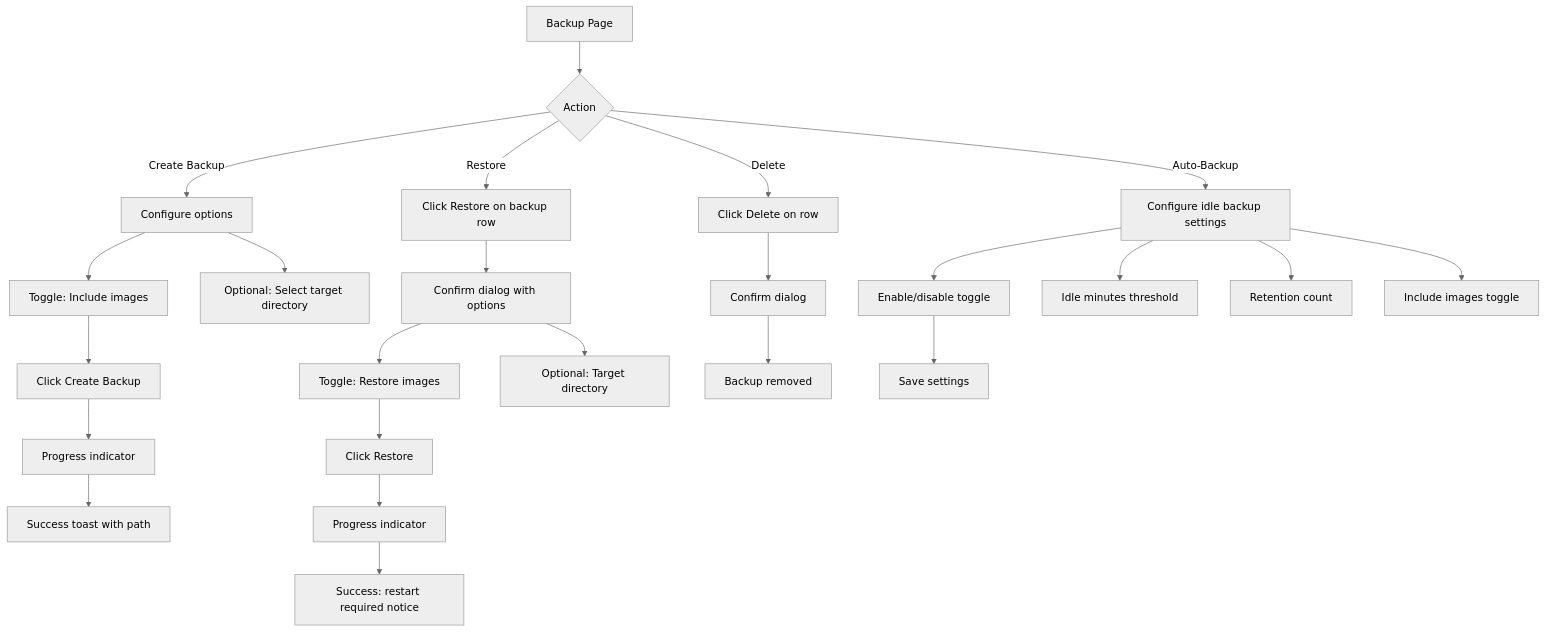
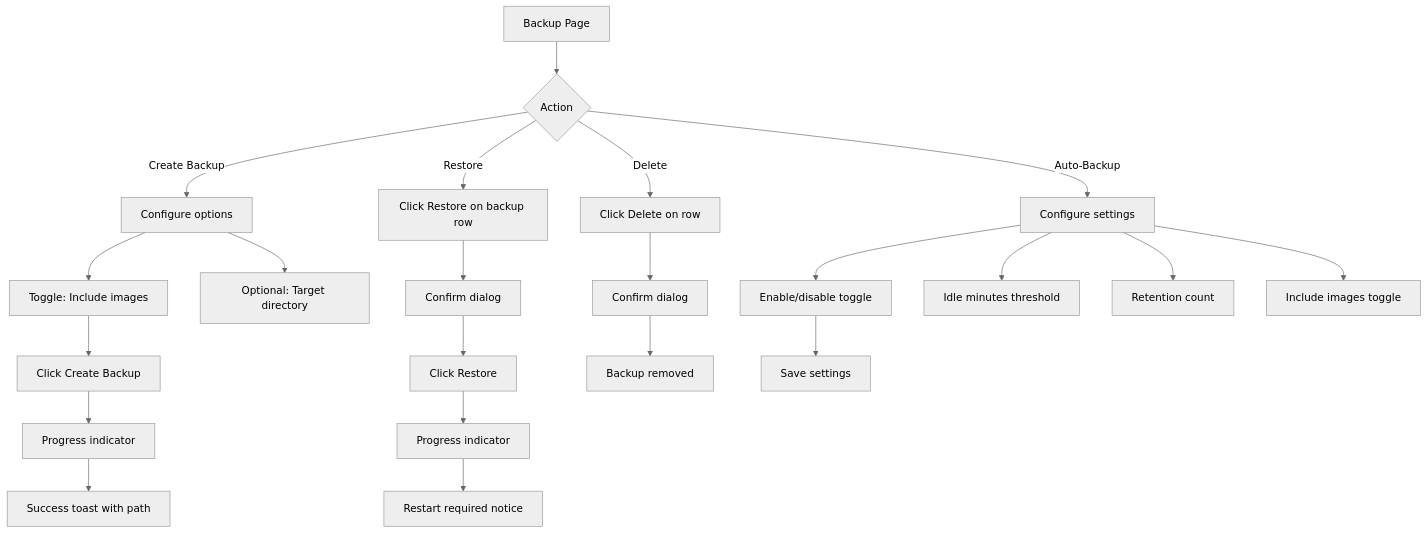
The seventh of 8 diagrams in docs/content/ux-redesign/_index.md (michael-freling/anime-image-viewer), drawn with Mermaid (neutral theme) before and after one commit. The commit also changed other lines of this file and 55 other files, not shown here.

````diff
--- a/docs/content/ux-redesign/_index.md
+++ b/docs/content/ux-redesign/_index.md
@@ -259,30 +246,28 @@
 ```mermaid
 flowchart TD
     A[Backup Page] --> B{Action}
 
     B -->|Create Backup| C[Configure options]
     C --> D[Toggle: Include images]
-    C --> E[Optional: Select target directory]
+    C --> E[Optional: Target directory]
     D --> F[Click Create Backup]
     F --> G[Progress indicator]
     G --> H[Success toast with path]
 
     B -->|Restore| I[Click Restore on backup row]
-    I --> J[Confirm dialog with options]
-    J --> K[Toggle: Restore images]
-    J --> L[Optional: Target directory]
-    K --> M[Click Restore]
-    M --> N[Progress indicator]
-    N --> O[Success: restart required notice]
+    I --> J[Confirm dialog]
+    J --> K[Click Restore]
+    K --> L[Progress indicator]
+    L --> M[Restart required notice]
 
-    B -->|Delete| P[Click Delete on row]
-    P --> Q[Confirm dialog]
-    Q --> R[Backup removed]
+    B -->|Delete| N[Click Delete on row]
+    N --> O[Confirm dialog]
+    O --> P[Backup removed]
 
-    B -->|Auto-Backup| S[Configure idle backup settings]
-    S --> T[Enable/disable toggle]
-    S --> U[Idle minutes threshold]
-    S --> V[Retention count]
-    S --> W[Include images toggle]
-    T --> X[Save settings]
+    B -->|Auto-Backup| Q[Configure settings]
+    Q --> R[Enable/disable toggle]
+    Q --> S[Idle minutes threshold]
+    Q --> T[Retention count]
+    Q --> U[Include images toggle]
+    R --> V[Save settings]
 ```
````
